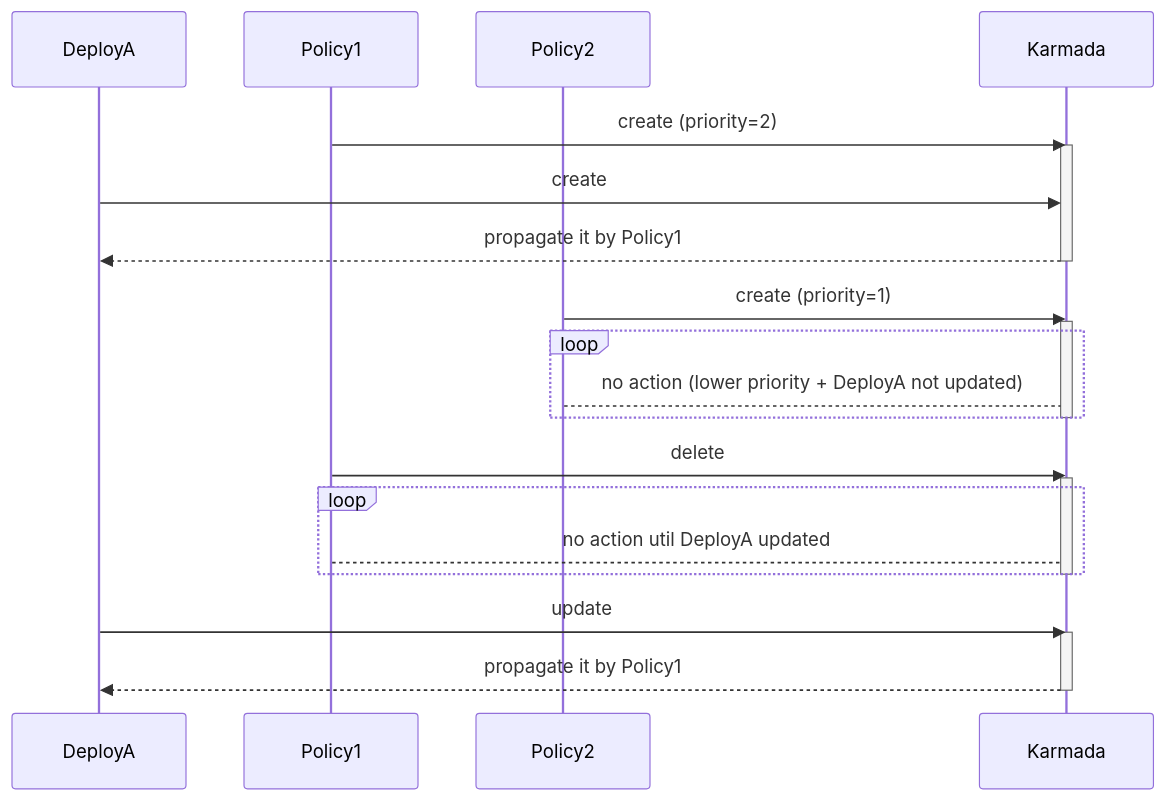
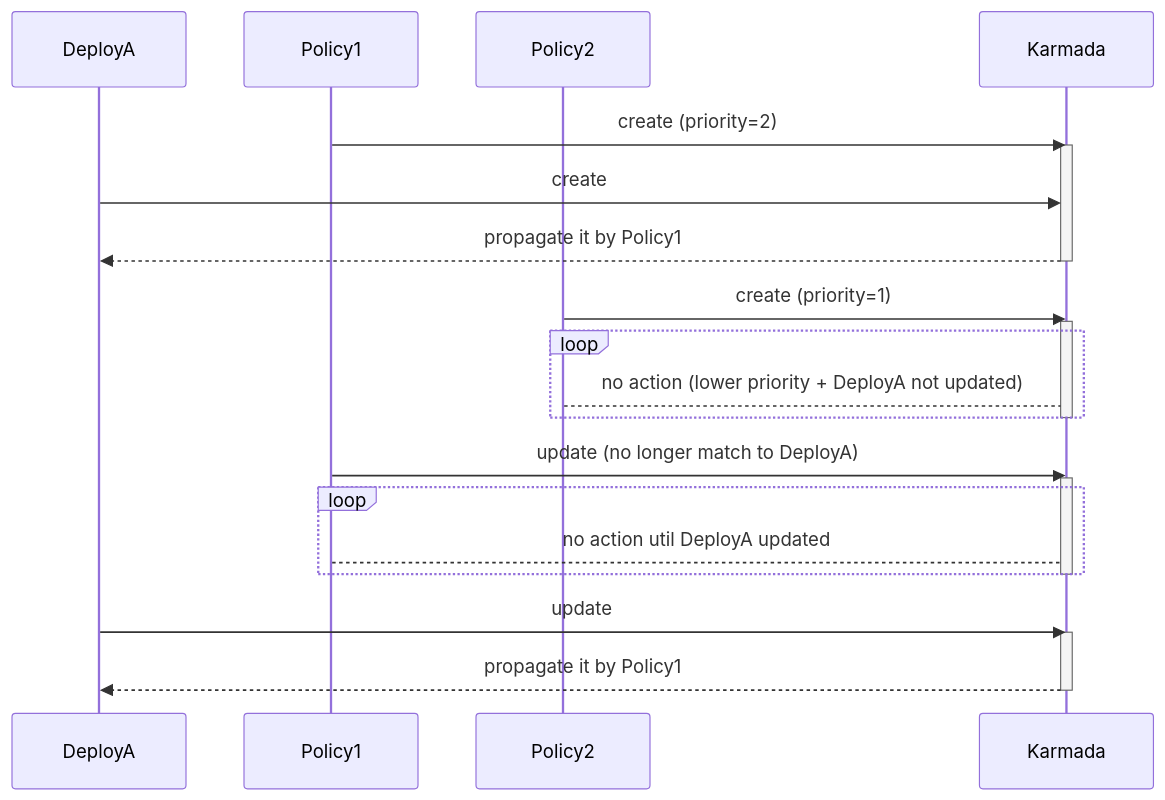
Before and after one commit to guoqinwill/karmada: the fifth of 6 diagrams in docs/proposals/scheduling/policy-effetive-strategy/statization-of-propagation-policy.md, drawn with Mermaid. The commit also changed other lines of this file, not shown here.

````diff
--- a/docs/proposals/scheduling/policy-effetive-strategy/statization-of-propagation-policy.md
+++ b/docs/proposals/scheduling/policy-effetive-strategy/statization-of-propagation-policy.md
@@ -301,32 +301,33 @@
 ```mermaid
 sequenceDiagram
   participant DeployA
   participant Policy1
   participant Policy2
   participant Karmada
 
   Policy1 ->> Karmada: create (priority=2)
   activate Karmada
   DeployA ->> Karmada: create
   Karmada -->> DeployA: propagate it by Policy1
   deactivate Karmada
   
   Policy2 ->> Karmada: create (priority=1)
   activate Karmada
   loop
     Policy2 --> Karmada: no action (lower priority + DeployA not updated)
   end
   deactivate Karmada
 
-  Policy1 ->> Karmada: delete
+  Policy1 ->> Karmada: update (no longer match to DeployA)
   activate Karmada
   loop
     Policy1 --> Karmada: no action util DeployA updated
   end
   deactivate Karmada
 
   DeployA ->> Karmada: update  
   activate Karmada
   Karmada -->> DeployA: propagate it by Policy1
+  
   deactivate Karmada
 ```
````
